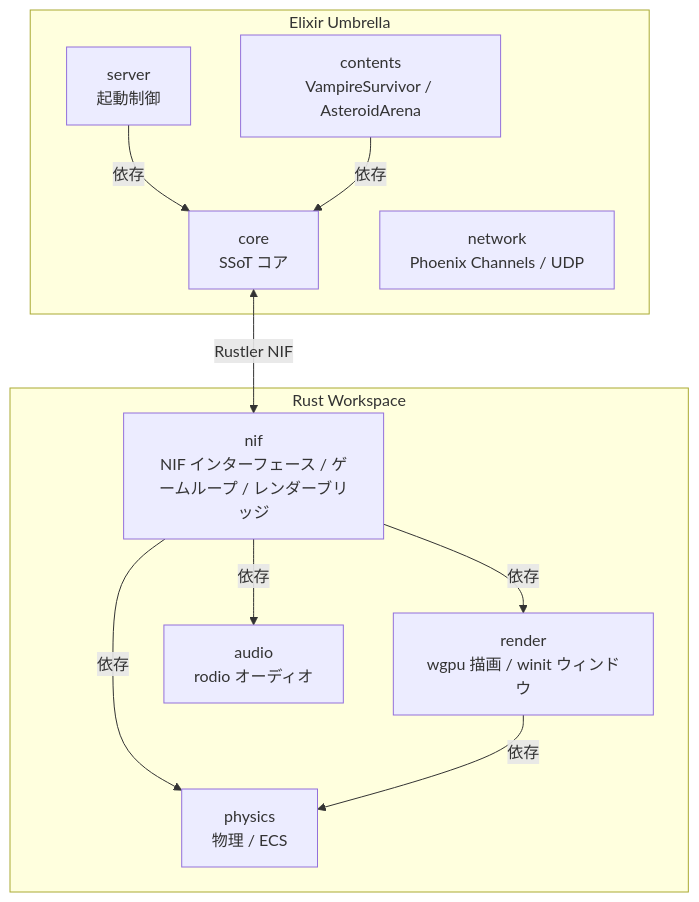
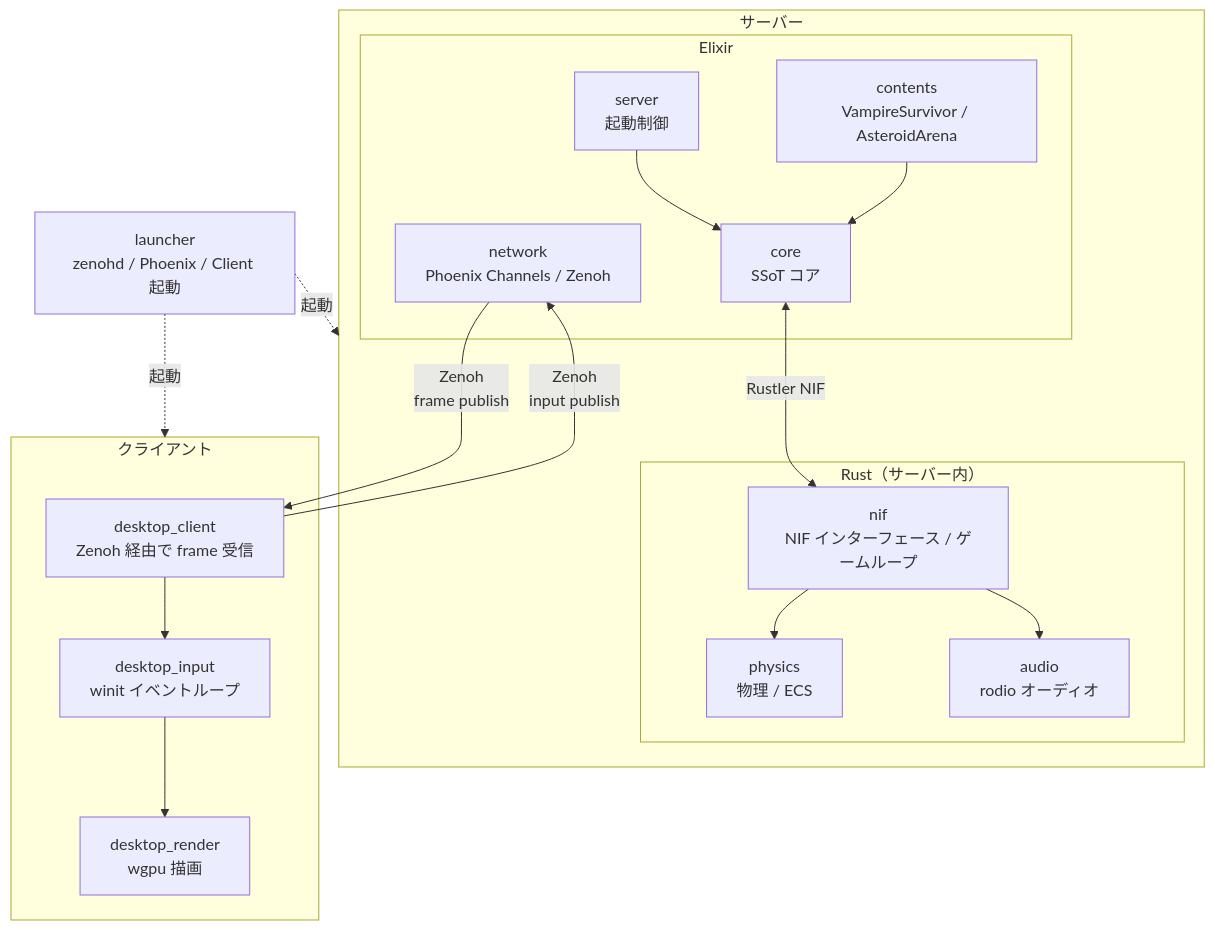
The first of 16 diagrams in docs/architecture/overview.md (FRICK-ELDY/alchemy-engine), drawn with Mermaid before and after one commit. The commit also changed other lines of this file and 16 other files, not shown here.

````diff
--- a/docs/architecture/overview.md
+++ b/docs/architecture/overview.md
@@ -14,24 +14,36 @@
 ```mermaid
 graph TB
-    subgraph Elixir["Elixir Umbrella"]
-        GS[server<br/>起動制御]
-        GE[core<br/>SSoT コア]
-        GC[contents<br/>VampireSurvivor / AsteroidArena]
-        GN[network<br/>Phoenix Channels / UDP]
-        GS -->|依存| GE
-        GC -->|依存| GE
+    subgraph Server["サーバー"]
+        subgraph Elixir["Elixir"]
+            GS[server<br/>起動制御]
+            GE[core<br/>SSoT コア]
+            GC[contents<br/>VampireSurvivor / AsteroidArena]
+            GN[network<br/>Phoenix Channels / Zenoh]
+        end
+        subgraph RustServer["Rust（サーバー内）"]
+            GNIF[nif<br/>NIF インターフェース / ゲームループ]
+            GSIM[physics<br/>物理 / ECS]
+            GAUDIO[audio<br/>rodio オーディオ]
+        end
+        GS --> GE
+        GC --> GE
+        GE <-->|Rustler NIF| GNIF
+        GNIF --> GSIM
+        GNIF --> GAUDIO
     end
 
-    GE <-->|Rustler NIF| GNIF
+    subgraph Client["クライアント"]
+        DCLIENT[desktop_client<br/>Zenoh 経由で frame 受信]
+        DINPUT[desktop_input<br/>winit イベントループ]
+        DRENDER[desktop_render<br/>wgpu 描画]
+        DCLIENT --> DINPUT
+        DINPUT --> DRENDER
+    end
 
-    subgraph Rust["Rust Workspace"]
-        GNIF[nif<br/>NIF インターフェース / ゲームループ / レンダーブリッジ]
-        GSIM[physics<br/>物理 / ECS]
-        GRENDER[render<br/>wgpu 描画 / winit ウィンドウ]
-        GAUDIO[audio<br/>rodio オーディオ]
-        GNIF -->|依存| GSIM
-        GNIF -->|依存| GRENDER
-        GNIF -->|依存| GAUDIO
-        GRENDER -->|依存| GSIM
-    end
+    LAUNCHER[launcher<br/>zenohd / Phoenix / Client 起動]
+
+    GN -->|Zenoh<br/>frame publish| DCLIENT
+    DCLIENT -->|Zenoh<br/>input publish| GN
+    LAUNCHER -.->|起動| Server
+    LAUNCHER -.->|起動| Client
 ```
````
